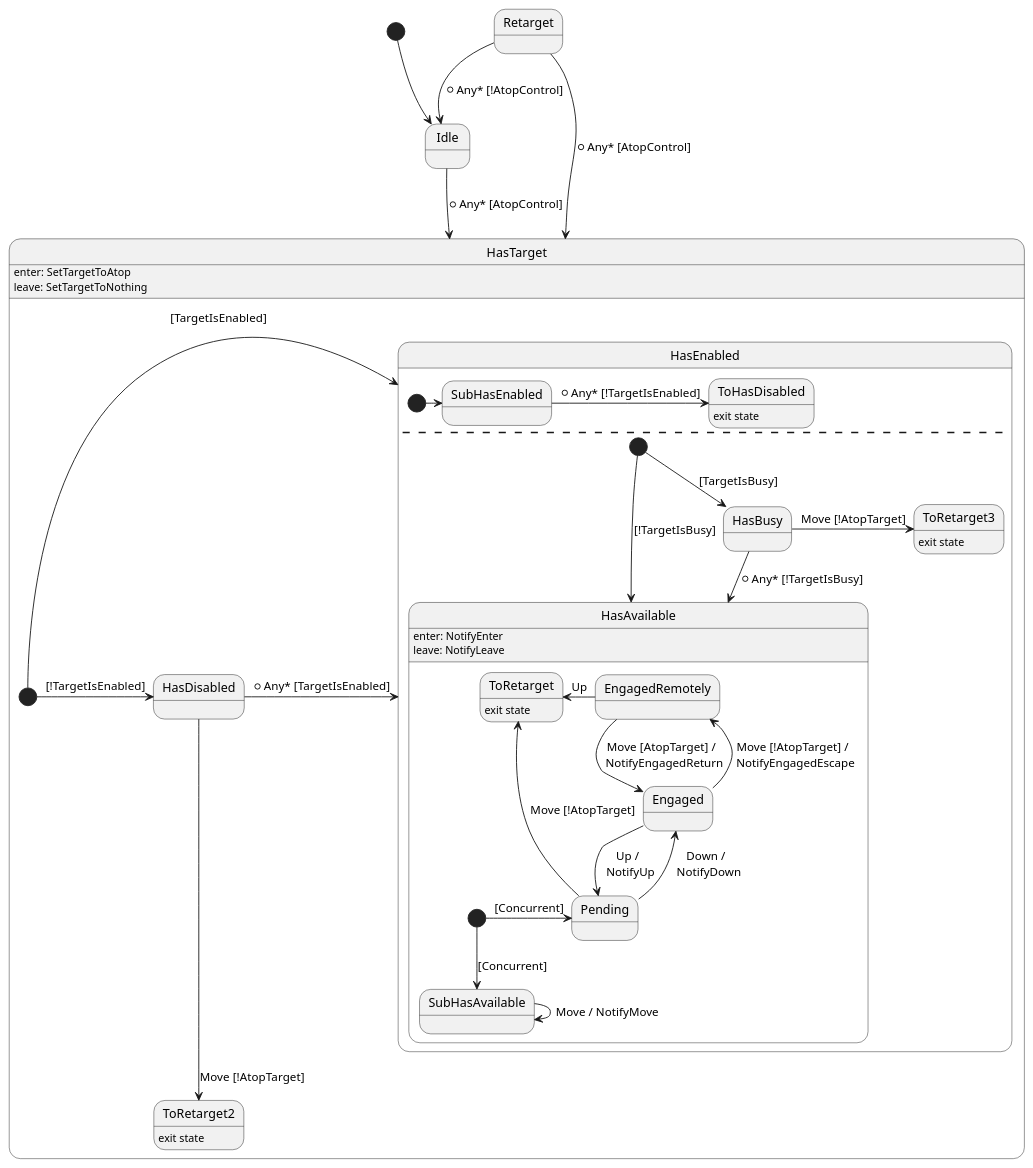
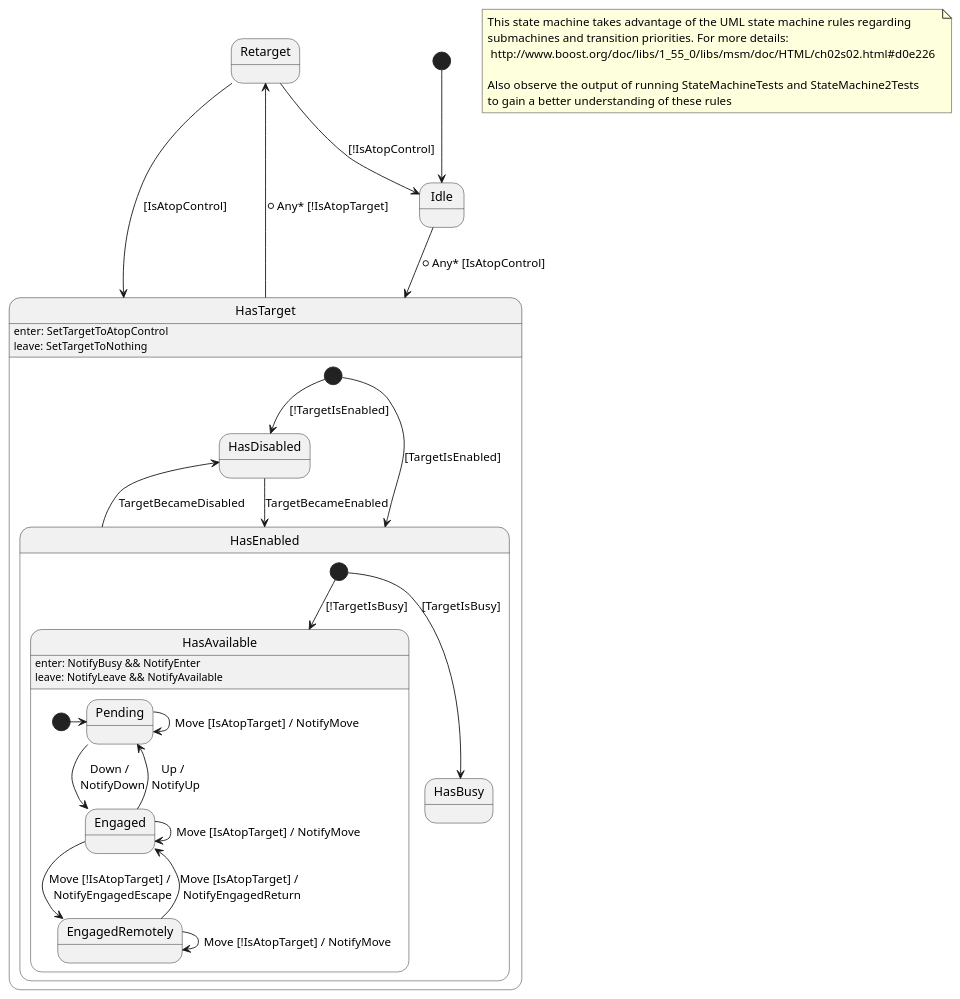
The diagram in Documentation/PointerInput2.puml (bobkocisko/libgui), drawn with PlantUML before and after one commit. The commit also changed other lines of this file and 4 other files, not shown here.

Commit message:
Improving PointerInput2 so that it properly handles all the scenarios according to UML state machine rules and boost msm.  Also preparing a large portion of the Input class to work with the updated version of the state machine

```diff
--- a/Documentation/PointerInput2.puml
+++ b/Documentation/PointerInput2.puml
@@ -12,67 +1,47 @@
 @startuml
 
+note "This state machine takes advantage of the UML state machine rules regarding\nsubmachines and transition priorities. For more details: \n http://www.boost.org/doc/libs/1_55_0/libs/msm/doc/HTML/ch02s02.html#d0e226 \n\nAlso observe the output of running StateMachineTests and StateMachine2Tests\nto gain a better understanding of these rules" as N1
 
 [*] --> Idle
 
-Idle --> HasTarget: *Any* [AtopControl]
+Idle --> HasTarget: *Any* [IsAtopControl]
 
-Retarget --> HasTarget: *Any* [AtopControl]
-Retarget --> Idle: *Any* [!AtopControl]
+Retarget --> HasTarget: [IsAtopControl]
+Retarget --> Idle: [!IsAtopControl]
+HasTarget -u-> Retarget: *Any* [!IsAtopTarget]
 
-state HasTarget: enter: SetTargetToAtop
+state HasTarget: enter: SetTargetToAtopControl
 state HasTarget: leave: SetTargetToNothing
 
 state HasTarget {
-    [*] -> HasEnabled : [TargetIsEnabled]
-    [*] -> HasDisabled: [!TargetIsEnabled]
+    [*] --> HasEnabled : [TargetIsEnabled]
+    [*] --> HasDisabled: [!TargetIsEnabled]
 
     state HasEnabled {
-        [*] -> SubHasEnabled
-        
-        SubHasEnabled -> ToHasDisabled: *Any* [!TargetIsEnabled]
-        
-        state ToHasDisabled: exit state
-    
-        --
-        
-        [*] -> HasAvailable: [!TargetIsBusy]
+        [*] --> HasAvailable: [!TargetIsBusy]
         [*] --> HasBusy: [TargetIsBusy]
 
-        state HasAvailable: enter: NotifyEnter
-        state HasAvailable: leave: NotifyLeave
+        state HasAvailable: enter: NotifyBusy && NotifyEnter
+        state HasAvailable: leave: NotifyLeave && NotifyAvailable
         state HasAvailable {
-            [*] -> Pending: [Concurrent]
+            [*] -> Pending
 
-            state ToRetarget: exit state
-
-            Pending --> ToRetarget: Move [!AtopTarget]
+            Pending --> Pending: Move [IsAtopTarget] / NotifyMove
             Pending --> Engaged: Down / \n NotifyDown
 
+            Engaged --> Engaged: Move [IsAtopTarget] / NotifyMove
             Engaged --> Pending: Up / \n NotifyUp
-            Engaged --> EngagedRemotely: Move [!AtopTarget] / \n NotifyEngagedEscape
+            Engaged --> EngagedRemotely: Move [!IsAtopTarget] / \n NotifyEngagedEscape
 
-            EngagedRemotely --> Engaged: Move [AtopTarget] / \n NotifyEngagedReturn
-            EngagedRemotely -l-> ToRetarget: Up
-
-            [*] --> SubHasAvailable: [Concurrent]
-            SubHasAvailable -> SubHasAvailable: Move / NotifyMove
+            EngagedRemotely --> Engaged: Move [IsAtopTarget] / \n NotifyEngagedReturn
+            EngagedRemotely --> EngagedRemotely: Move [!IsAtopTarget] / NotifyMove
         }
-
-        HasBusy --> HasAvailable: *Any* [!TargetIsBusy]
-
-        state ToRetarget3: exit state
-        HasBusy -> ToRetarget3: Move [!AtopTarget]
     }
 
-    HasDisabled -> HasEnabled: *Any* [TargetIsEnabled]
-
-    HasDisabled --> ToRetarget2: Move [!AtopTarget]
-
-    state ToRetarget2:exit state
-    
-    
+    HasDisabled --> HasEnabled: TargetBecameEnabled
+    HasEnabled -l-> HasDisabled: TargetBecameDisabled
 }
 
 
 
 @enduml
```
